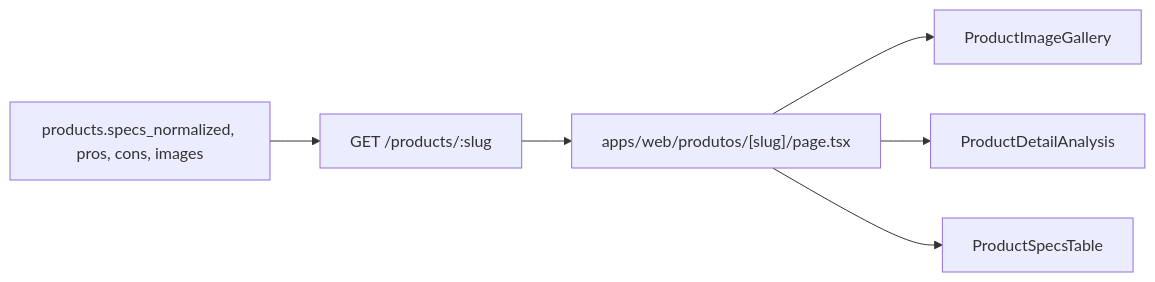
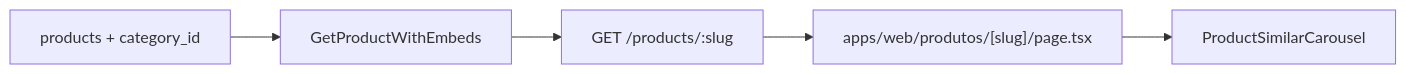
The diagram in docs/product-detail-page.md (valerio-figueira/ecommerce-amazon), drawn with Mermaid before and after one commit. The commit also changed other lines of this file and 14 other files, not shown here.

First line of the commit message:
Add Similar Products Carousel to Product Detail Page

````diff
--- a/docs/product-detail-page.md
+++ b/docs/product-detail-page.md
@@ -19,13 +20,10 @@
 ```mermaid
 flowchart LR
-  DB["products.specs_normalized, pros, cons, images"]
+  DB["products + category_id"]
   API["GET /products/:slug"]
+  UC["GetProductWithEmbeds"]
   Page["apps/web/produtos/[slug]/page.tsx"]
-  Gallery[ProductImageGallery]
-  Analysis[ProductDetailAnalysis]
-  Specs[ProductSpecsTable]
-  DB --> API --> Page
-  Page --> Gallery
-  Page --> Analysis
-  Page --> Specs
+  Carousel[ProductSimilarCarousel]
+  DB --> UC --> API --> Page
+  Page --> Carousel
 ```
````
